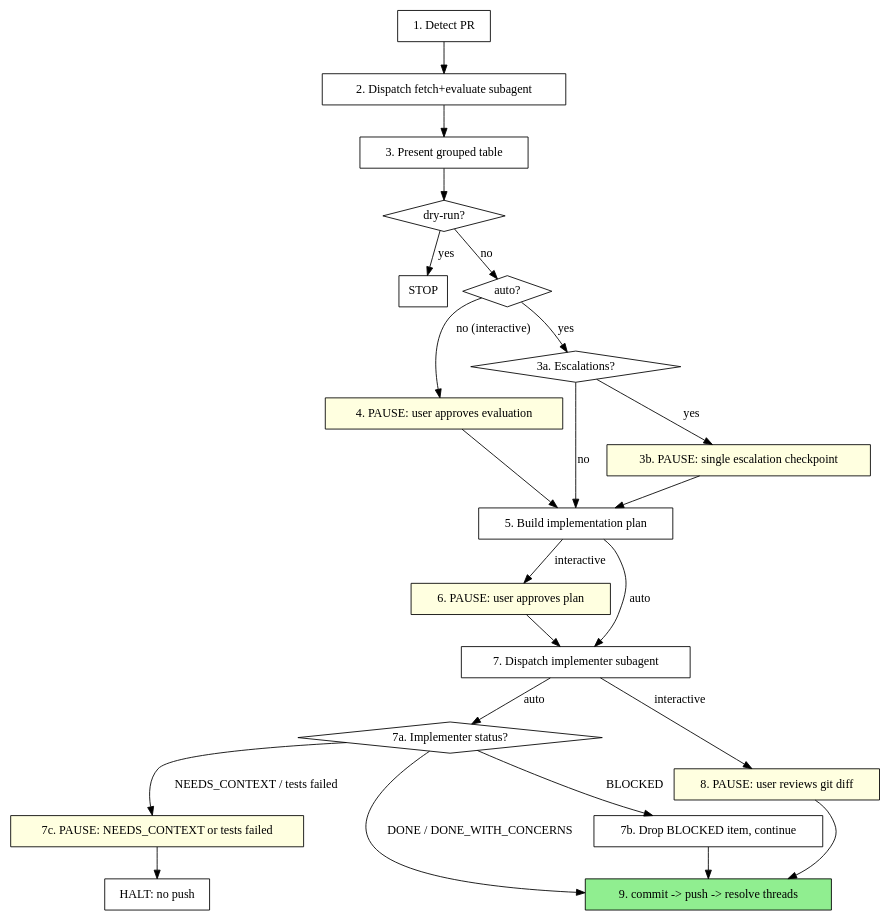
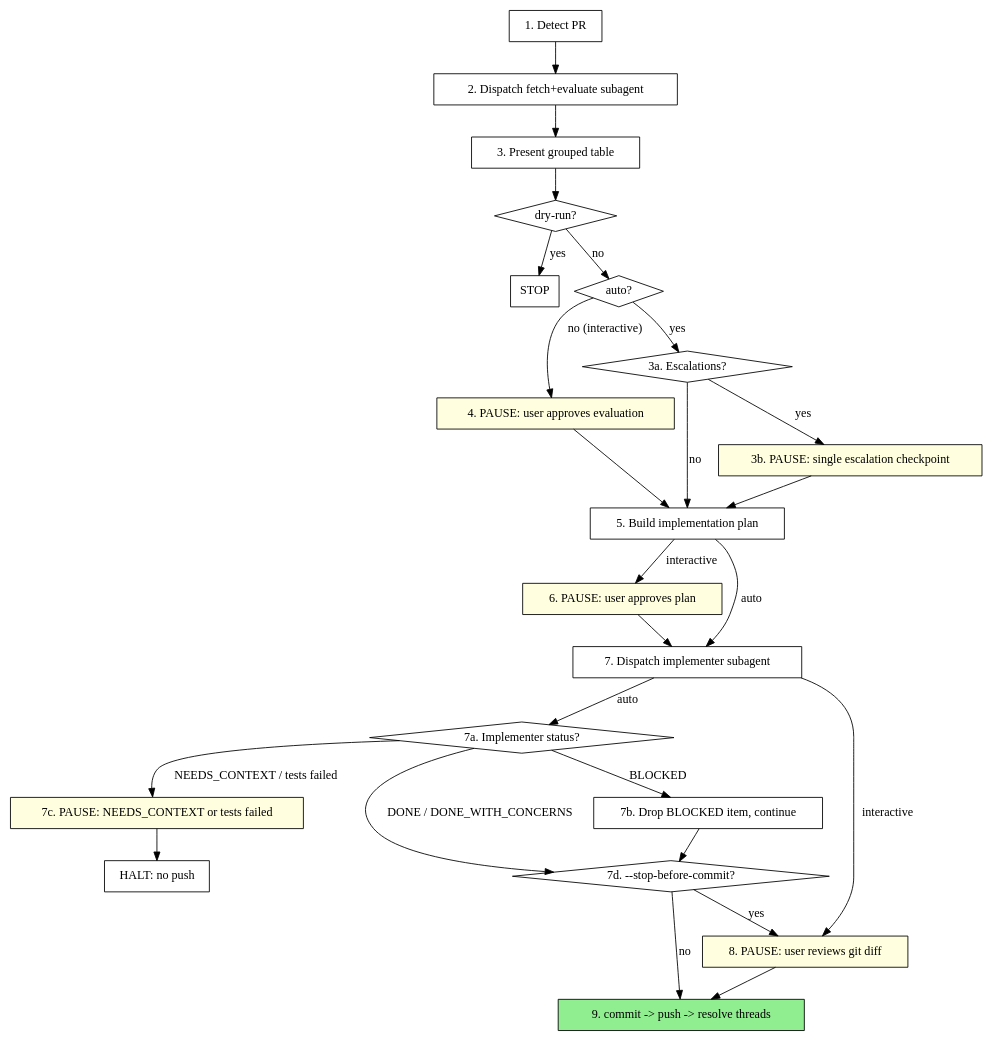
The diagram in plugins/resolve-pr-feedback/skills/resolve-pr-feedback/SKILL.md (chanson5000/claude-plugin-repository), drawn with Graphviz before and after one commit. The commit also changed other lines of this file, not shown here.

First line of the commit message:
Fix auto-mode workflow gaps in resolve-pr-feedback

````diff
--- a/plugins/resolve-pr-feedback/skills/resolve-pr-feedback/SKILL.md
+++ b/plugins/resolve-pr-feedback/skills/resolve-pr-feedback/SKILL.md
@@ -29,49 +29,52 @@
 ```dot
 digraph resolve_pr_feedback {
     "1. Detect PR" [shape=box];
     "2. Dispatch fetch+evaluate subagent" [shape=box];
     "3. Present grouped table" [shape=box];
     "dry-run?" [shape=diamond];
     "STOP" [shape=box];
     "auto?" [shape=diamond];
     "4. PAUSE: user approves evaluation" [shape=box style=filled fillcolor=lightyellow];
     "3a. Escalations?" [shape=diamond];
     "3b. PAUSE: single escalation checkpoint" [shape=box style=filled fillcolor=lightyellow];
     "5. Build implementation plan" [shape=box];
     "6. PAUSE: user approves plan" [shape=box style=filled fillcolor=lightyellow];
     "7. Dispatch implementer subagent" [shape=box];
     "7a. Implementer status?" [shape=diamond];
     "7b. Drop BLOCKED item, continue" [shape=box];
     "7c. PAUSE: NEEDS_CONTEXT or tests failed" [shape=box style=filled fillcolor=lightyellow];
+    "7d. --stop-before-commit?" [shape=diamond];
     "HALT: no push" [shape=box];
     "8. PAUSE: user reviews git diff" [shape=box style=filled fillcolor=lightyellow];
     "9. commit -> push -> resolve threads" [shape=box style=filled fillcolor=lightgreen];
 
     "1. Detect PR" -> "2. Dispatch fetch+evaluate subagent";
     "2. Dispatch fetch+evaluate subagent" -> "3. Present grouped table";
     "3. Present grouped table" -> "dry-run?";
     "dry-run?" -> "STOP" [label="yes"];
     "dry-run?" -> "auto?" [label="no"];
 
     "auto?" -> "4. PAUSE: user approves evaluation" [label="no (interactive)"];
     "4. PAUSE: user approves evaluation" -> "5. Build implementation plan";
     "5. Build implementation plan" -> "6. PAUSE: user approves plan" [label="interactive"];
     "5. Build implementation plan" -> "7. Dispatch implementer subagent" [label="auto"];
     "6. PAUSE: user approves plan" -> "7. Dispatch implementer subagent";
 
     "auto?" -> "3a. Escalations?" [label="yes"];
     "3a. Escalations?" -> "3b. PAUSE: single escalation checkpoint" [label="yes"];
     "3a. Escalations?" -> "5. Build implementation plan" [label="no"];
     "3b. PAUSE: single escalation checkpoint" -> "5. Build implementation plan";
 
     "7. Dispatch implementer subagent" -> "7a. Implementer status?" [label="auto"];
-    "7a. Implementer status?" -> "9. commit -> push -> resolve threads" [label="DONE / DONE_WITH_CONCERNS"];
+    "7a. Implementer status?" -> "7d. --stop-before-commit?" [label="DONE / DONE_WITH_CONCERNS"];
     "7a. Implementer status?" -> "7b. Drop BLOCKED item, continue" [label="BLOCKED"];
-    "7b. Drop BLOCKED item, continue" -> "9. commit -> push -> resolve threads";
+    "7b. Drop BLOCKED item, continue" -> "7d. --stop-before-commit?";
+    "7d. --stop-before-commit?" -> "8. PAUSE: user reviews git diff" [label="yes"];
+    "7d. --stop-before-commit?" -> "9. commit -> push -> resolve threads" [label="no"];
     "7a. Implementer status?" -> "7c. PAUSE: NEEDS_CONTEXT or tests failed" [label="NEEDS_CONTEXT / tests failed"];
     "7c. PAUSE: NEEDS_CONTEXT or tests failed" -> "HALT: no push";
 
     "7. Dispatch implementer subagent" -> "8. PAUSE: user reviews git diff" [label="interactive"];
     "8. PAUSE: user reviews git diff" -> "9. commit -> push -> resolve threads";
 }
 ```
````
